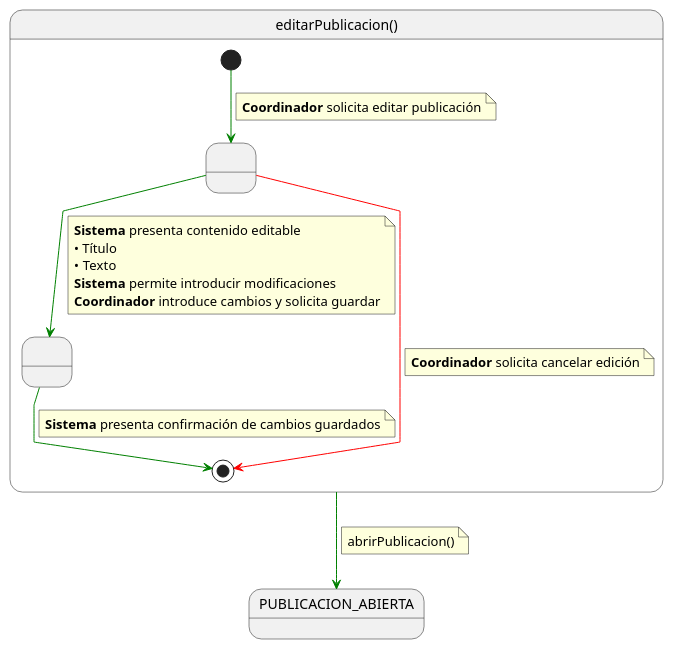
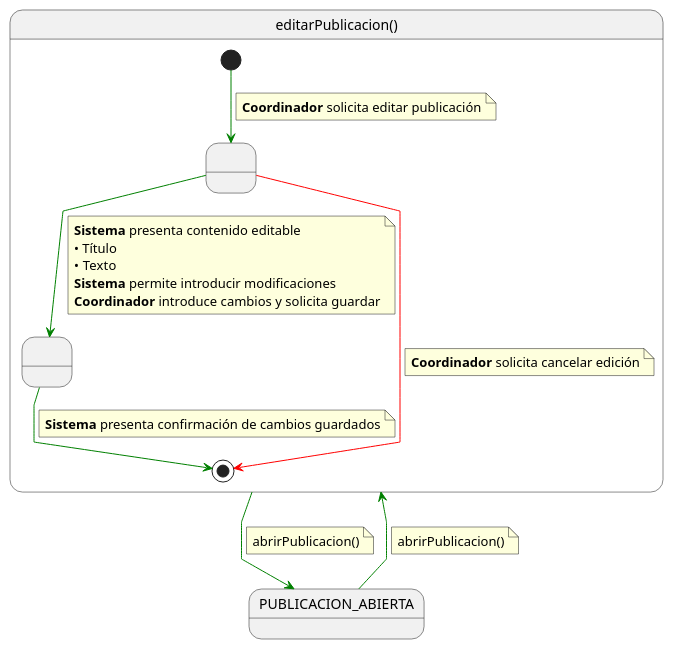
Before and after one commit to 31Diego/25-26-IdSw1-SdR: the diagram in documentación/CasosDeUso/Detalle/Coordinador/07-publicaciones/editarPublicacion.puml, drawn with PlantUML. The commit also changed 95 other files, not shown here.

```diff
--- a/documentación/CasosDeUso/Detalle/Coordinador/07-publicaciones/editarPublicacion.puml
+++ b/documentación/CasosDeUso/Detalle/Coordinador/07-publicaciones/editarPublicacion.puml
@@ -1,40 +1,46 @@
 @startuml editarPublicacion
 
 skinparam linetype polyline
 
 state editarPublicacion as "editarPublicacion()" {
 
     state " " as EditandoContenido
     state " " as CambiosGuardados
 
     [*] -[#green]-> EditandoContenido
     note on link
     <b>Coordinador</b> solicita editar publicación
     end note
 
     EditandoContenido -[#green]-> CambiosGuardados
     note on link
     <b>Sistema</b> presenta contenido editable
     • Título
     • Texto
     <b>Sistema</b> permite introducir modificaciones
     <b>Coordinador</b> introduce cambios y solicita guardar
     end note
 
     EditandoContenido -[#red]-> [*]
     note on link
     <b>Coordinador</b> solicita cancelar edición
     end note
 
     CambiosGuardados -[#green]-> [*]
     note on link
     <b>Sistema</b> presenta confirmación de cambios guardados
     end note
 }
 
+
+PUBLICACION_ABIERTA -[#green]-> editarPublicacion
+note on link
+abrirPublicacion()
+end note
+
 editarPublicacion -[#green]-> PUBLICACION_ABIERTA
 note on link
 abrirPublicacion()
 end note
 
 @enduml
```
